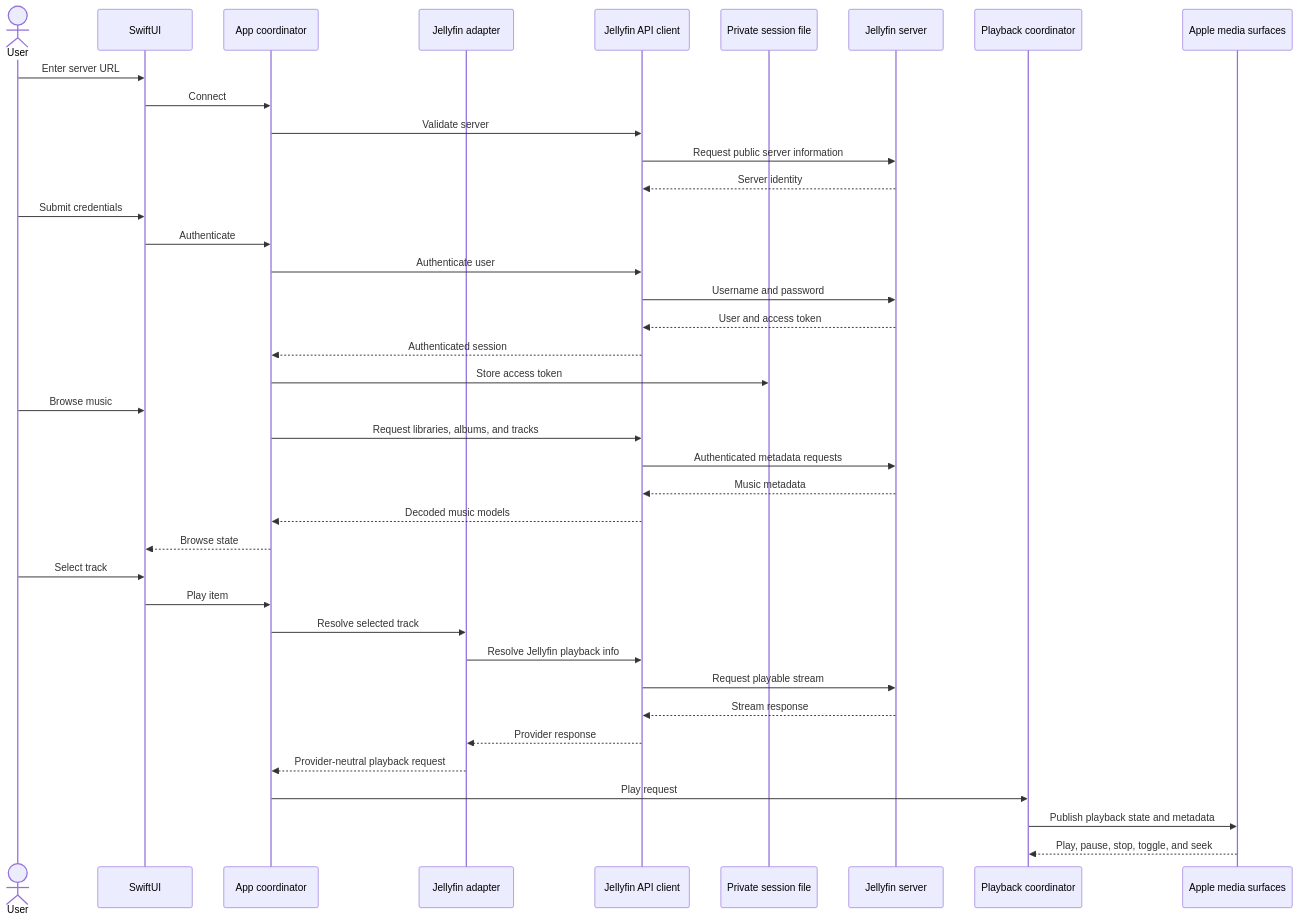
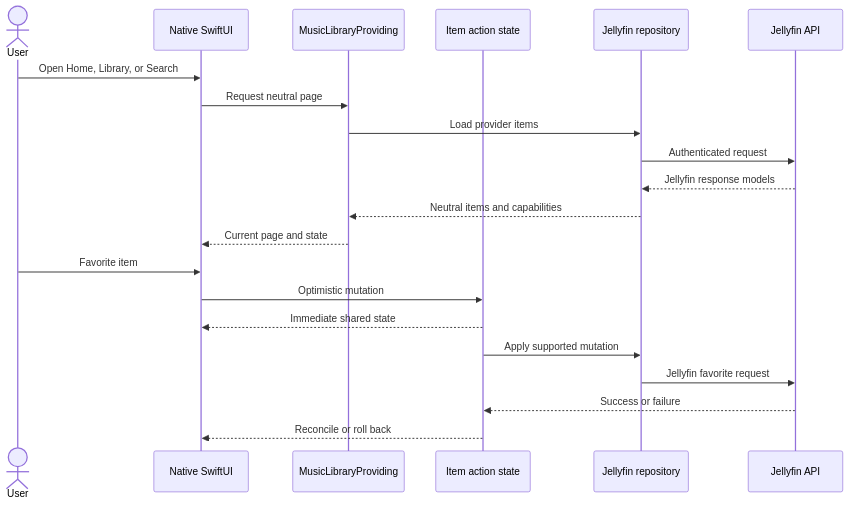
Before and after one commit to schillt/velacanto: the second of 3 diagrams in docs/architecture.md, drawn with Mermaid. The commit also changed other lines of this file and 31 other files, not shown here.

````diff
--- a/docs/architecture.md
+++ b/docs/architecture.md
@@ -134,45 +149,24 @@
 ```mermaid
 sequenceDiagram
     actor User
-    participant UI as SwiftUI
-    participant App as App coordinator
-    participant Adapter as Jellyfin adapter
-    participant API as Jellyfin API client
-    participant SessionFile as Private session file
-    participant JF as Jellyfin server
-    participant Player as Playback coordinator
-    participant OS as Apple media surfaces
+    participant UI as Native SwiftUI
+    participant Library as MusicLibraryProviding
+    participant State as Item action state
+    participant Provider as Jellyfin repository
+    participant API as Jellyfin API
 
-    User->>UI: Enter server URL
-    UI->>App: Connect
-    App->>API: Validate server
-    API->>JF: Request public server information
-    JF-->>API: Server identity
-
-    User->>UI: Submit credentials
-    UI->>App: Authenticate
-    App->>API: Authenticate user
-    API->>JF: Username and password
-    JF-->>API: User and access token
-    API-->>App: Authenticated session
-    App->>SessionFile: Store access token
-
-    User->>UI: Browse music
-    App->>API: Request libraries, albums, and tracks
-    API->>JF: Authenticated metadata requests
-    JF-->>API: Music metadata
-    API-->>App: Decoded music models
-    App-->>UI: Browse state
-
-    User->>UI: Select track
-    UI->>App: Play item
-    App->>Adapter: Resolve selected track
-    Adapter->>API: Resolve Jellyfin playback info
-    API->>JF: Request playable stream
-    JF-->>API: Stream response
-    API-->>Adapter: Provider response
-    Adapter-->>App: Provider-neutral playback request
-    App->>Player: Play request
-    Player->>OS: Publish playback state and metadata
-    OS-->>Player: Play, pause, stop, toggle, and seek
+    User->>UI: Open Home, Library, or Search
+    UI->>Library: Request neutral page
+    Library->>Provider: Load provider items
+    Provider->>API: Authenticated request
+    API-->>Provider: Jellyfin response models
+    Provider-->>Library: Neutral items and capabilities
+    Library-->>UI: Current page and state
+    User->>UI: Favorite item
+    UI->>State: Optimistic mutation
+    State-->>UI: Immediate shared state
+    State->>Provider: Apply supported mutation
+    Provider->>API: Jellyfin favorite request
+    API-->>State: Success or failure
+    State-->>UI: Reconcile or roll back
 ```
````
